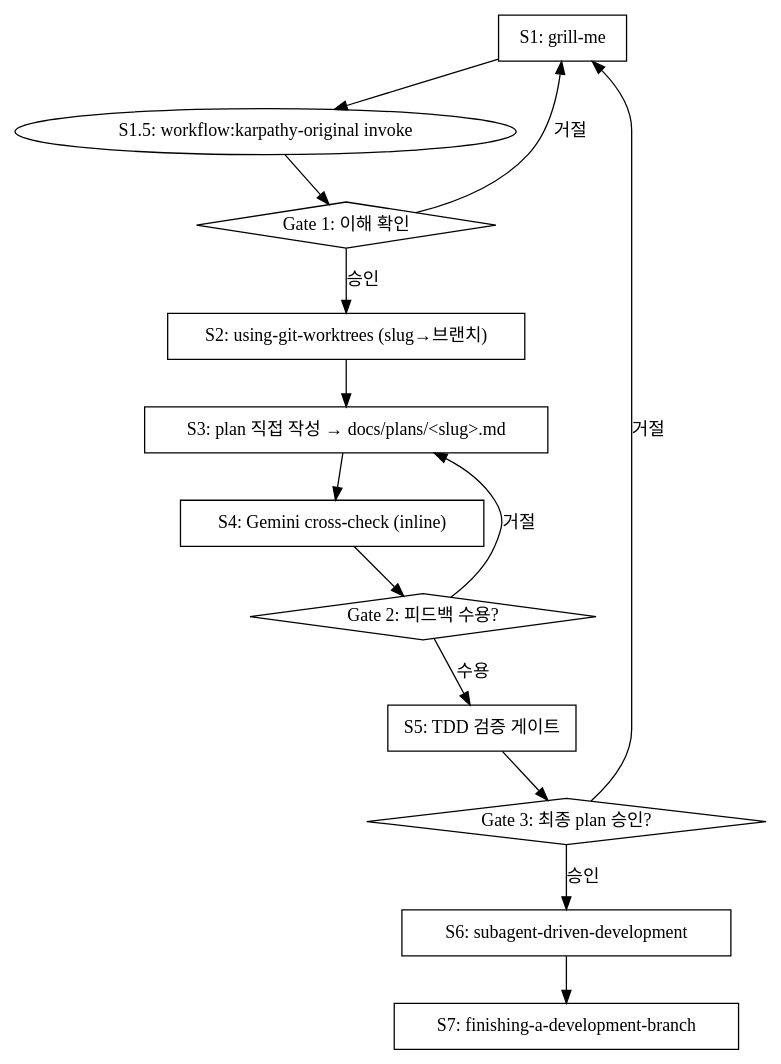
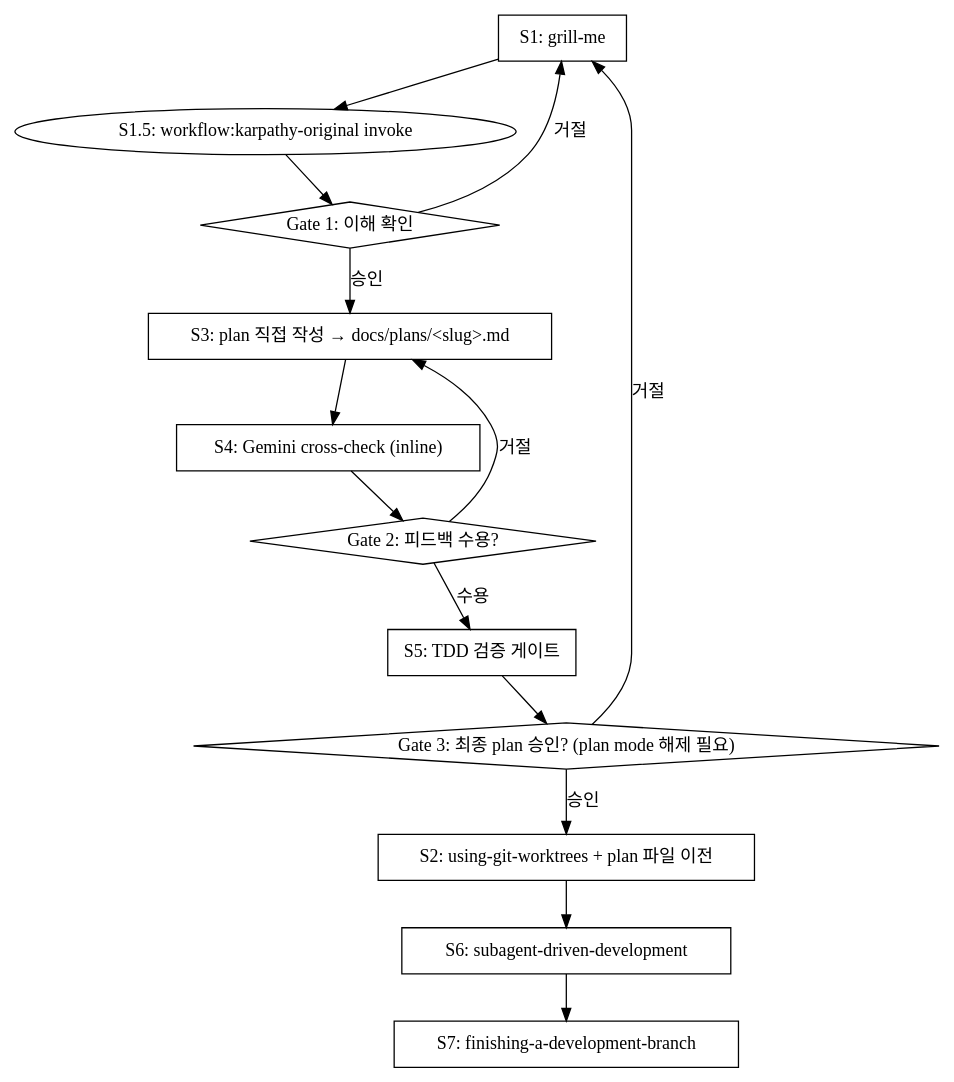
The diagram in plugins/workflow/skills/feature-pipeline/SKILL.md (ppzxc/engineering-guidelines), drawn with Graphviz before and after one commit. The commit also changed other lines of this file and 6 other files, not shown here.

Commit message:
feat(workflow): plan mode compat, 16KB cap, plan-skip hardening (ADR-0019/0020) (#80)

````diff
--- a/plugins/workflow/skills/feature-pipeline/SKILL.md
+++ b/plugins/workflow/skills/feature-pipeline/SKILL.md
@@ -34,29 +50,29 @@
 ```dot
 digraph pipeline {
     rankdir=TB;
     "S1: grill-me" [shape=box];
     "Gate 1: 이해 확인" [shape=diamond];
-    "S2: using-git-worktrees (slug→브랜치)" [shape=box];
     "S3: plan 직접 작성 → docs/plans/<slug>.md" [shape=box];
     "S4: Gemini cross-check (inline)" [shape=box];
     "Gate 2: 피드백 수용?" [shape=diamond];
     "S5: TDD 검증 게이트" [shape=box];
-    "Gate 3: 최종 plan 승인?" [shape=diamond];
+    "Gate 3: 최종 plan 승인? (plan mode 해제 필요)" [shape=diamond];
+    "S2: using-git-worktrees + plan 파일 이전" [shape=box];
     "S6: subagent-driven-development" [shape=box];
     "S7: finishing-a-development-branch" [shape=box];
 
     "S1: grill-me" -> "S1.5: workflow:karpathy-original invoke";
     "S1.5: workflow:karpathy-original invoke" -> "Gate 1: 이해 확인";
-    "Gate 1: 이해 확인" -> "S2: using-git-worktrees (slug→브랜치)" [label="승인"];
+    "Gate 1: 이해 확인" -> "S3: plan 직접 작성 → docs/plans/<slug>.md" [label="승인"];
     "Gate 1: 이해 확인" -> "S1: grill-me" [label="거절"];
-    "S2: using-git-worktrees (slug→브랜치)" -> "S3: plan 직접 작성 → docs/plans/<slug>.md";
     "S3: plan 직접 작성 → docs/plans/<slug>.md" -> "S4: Gemini cross-check (inline)";
     "S4: Gemini cross-check (inline)" -> "Gate 2: 피드백 수용?";
     "Gate 2: 피드백 수용?" -> "S3: plan 직접 작성 → docs/plans/<slug>.md" [label="거절"];
     "Gate 2: 피드백 수용?" -> "S5: TDD 검증 게이트" [label="수용"];
-    "S5: TDD 검증 게이트" -> "Gate 3: 최종 plan 승인?";
-    "Gate 3: 최종 plan 승인?" -> "S1: grill-me" [label="거절"];
-    "Gate 3: 최종 plan 승인?" -> "S6: subagent-driven-development" [label="승인"];
+    "S5: TDD 검증 게이트" -> "Gate 3: 최종 plan 승인? (plan mode 해제 필요)";
+    "Gate 3: 최종 plan 승인? (plan mode 해제 필요)" -> "S1: grill-me" [label="거절"];
+    "Gate 3: 최종 plan 승인? (plan mode 해제 필요)" -> "S2: using-git-worktrees + plan 파일 이전" [label="승인"];
+    "S2: using-git-worktrees + plan 파일 이전" -> "S6: subagent-driven-development";
     "S6: subagent-driven-development" -> "S7: finishing-a-development-branch";
 }
 ```
````
